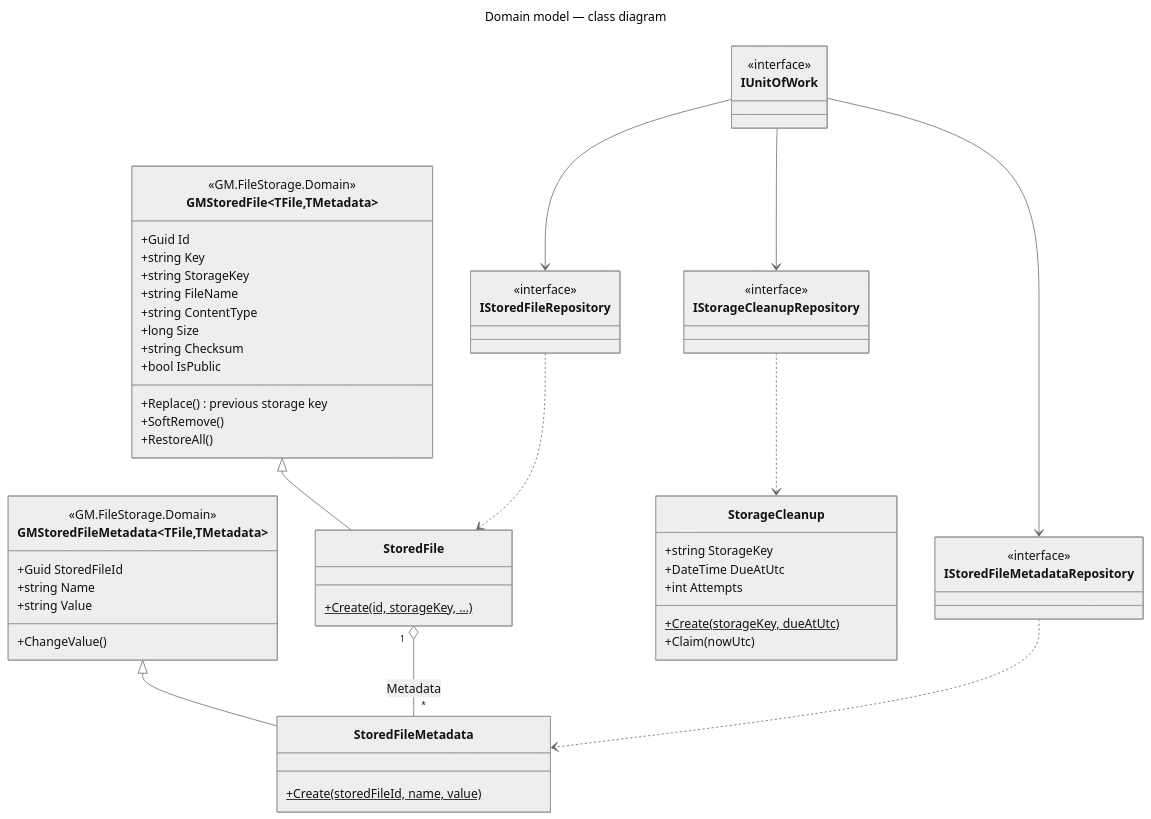
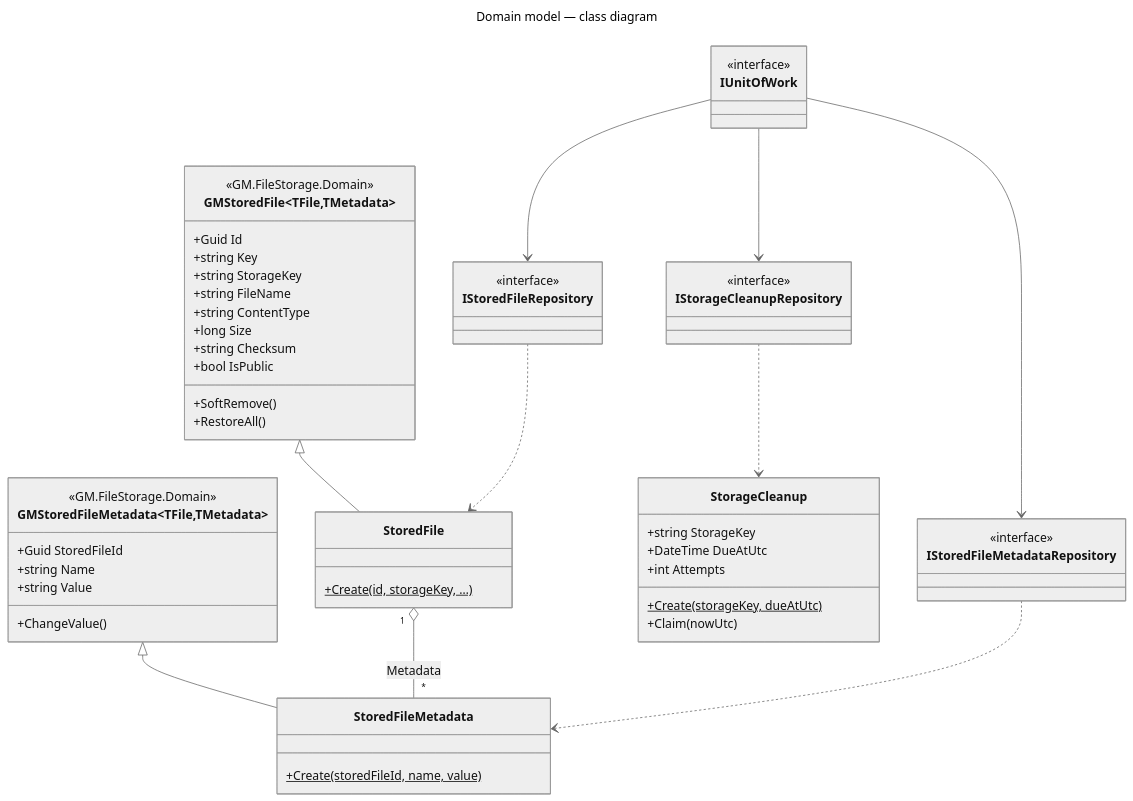
The sixth of 6 diagrams in docs/dependencies.md (gmetskhvarishvili/GM.FileStorage.Samples), drawn with Mermaid (neutral theme) before and after one commit. The commit also changed other lines of this file and 17 other files, not shown here.

````diff
--- a/docs/dependencies.md
+++ b/docs/dependencies.md
@@ -247,64 +246,63 @@
 ```mermaid
 ---
 title: Domain model — class diagram
 ---
 classDiagram
     direction TB
 
     class GMStoredFile~TFile,TMetadata~ {
         <<GM.FileStorage.Domain>>
         +Guid Id
         +string Key
         +string StorageKey
         +string FileName
         +string ContentType
         +long Size
         +string Checksum
         +bool IsPublic
-        +Replace() previous storage key
         +SoftRemove()
         +RestoreAll()
     }
     class GMStoredFileMetadata~TFile,TMetadata~ {
         <<GM.FileStorage.Domain>>
         +Guid StoredFileId
         +string Name
         +string Value
         +ChangeValue()
     }
     class StoredFile {
         +Create(id, storageKey, …)$
     }
     class StoredFileMetadata {
         +Create(storedFileId, name, value)$
     }
     class StorageCleanup {
         +string StorageKey
         +DateTime DueAtUtc
         +int Attempts
         +Create(storageKey, dueAtUtc)$
         +Claim(nowUtc)
     }
     class IUnitOfWork {
         <<interface>>
     }
     class IStoredFileRepository {
         <<interface>>
     }
     class IStoredFileMetadataRepository {
         <<interface>>
     }
     class IStorageCleanupRepository {
         <<interface>>
     }
 
     GMStoredFile <|-- StoredFile
     GMStoredFileMetadata <|-- StoredFileMetadata
     StoredFile "1" o-- "*" StoredFileMetadata : Metadata
     IUnitOfWork --> IStoredFileRepository
     IUnitOfWork --> IStoredFileMetadataRepository
     IUnitOfWork --> IStorageCleanupRepository
     IStoredFileRepository ..> StoredFile
     IStoredFileMetadataRepository ..> StoredFileMetadata
     IStorageCleanupRepository ..> StorageCleanup
 ```
````
